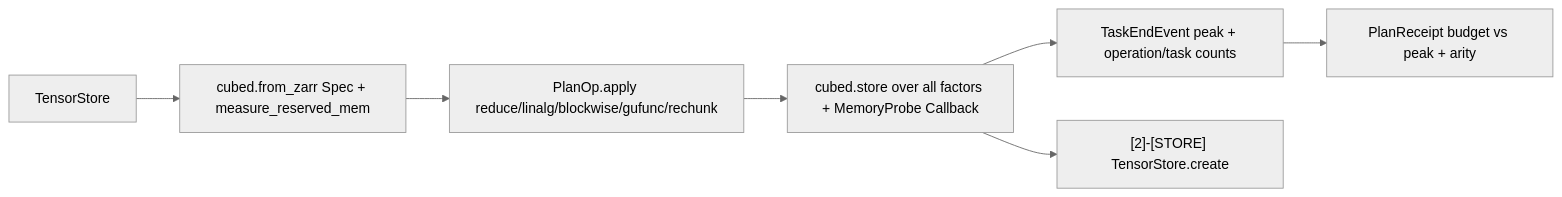
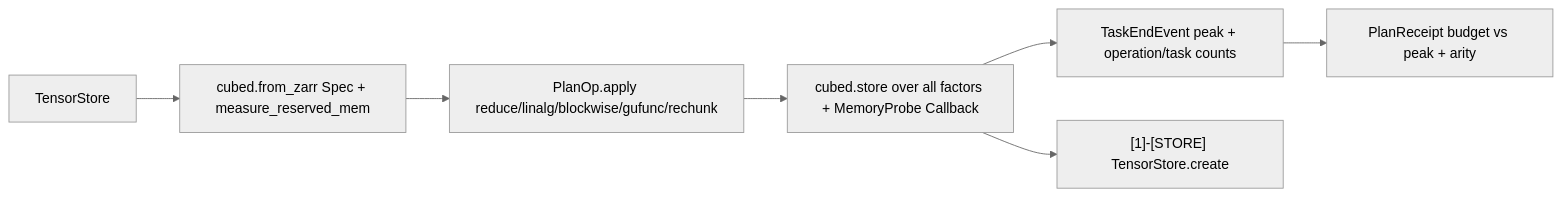
One commit to bsamiee/Rasm changed the second of 2 diagrams in libs/python/data/.planning/gridded/store.md. Above: the diagram before and after it, drawn with Mermaid (neutral theme). The commit also changed other lines of this file and 34 other files, not shown here.

````diff
--- a/libs/python/data/.planning/gridded/store.md
+++ b/libs/python/data/.planning/gridded/store.md
@@ -587,9 +647,9 @@
 ```mermaid
 flowchart LR
     Store["TensorStore"] --> From["cubed.from_zarr Spec + measure_reserved_mem"]
     From --> Op["PlanOp.apply reduce/linalg/blockwise/gufunc/rechunk"]
     Op --> Mat["cubed.store over all factors + MemoryProbe Callback"]
     Mat --> Peak["TaskEndEvent peak + operation/task counts"]
     Peak --> Receipt["PlanReceipt budget vs peak + arity"]
-    Mat --> Restore["[2]-[STORE] TensorStore.create"]
+    Mat --> Restore["[1]-[STORE] TensorStore.create"]
 ```
````
